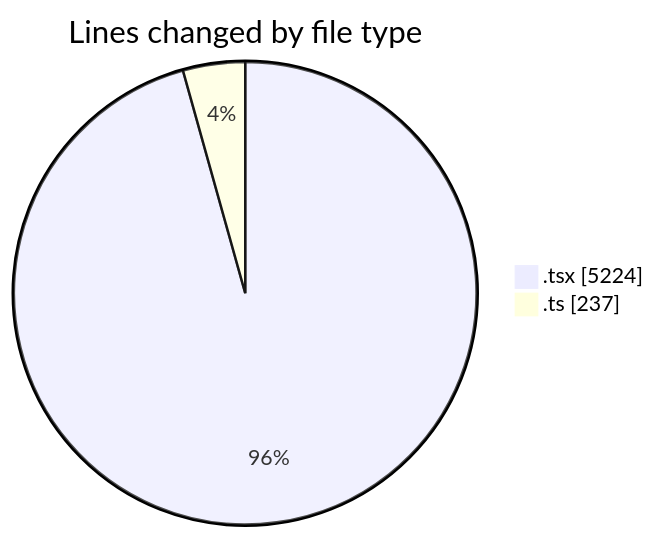
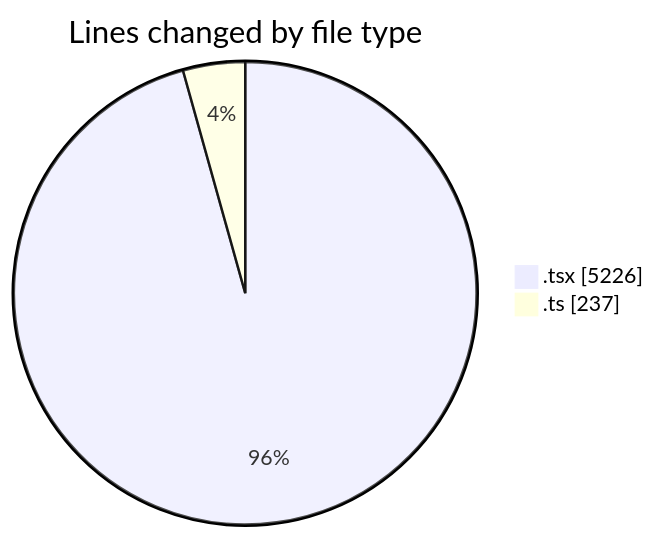
One commit to julien-gomy/code-tracking changed the first of 2 diagrams in 2025-10-13/eventscop-frontend-guide__workspace_/README.md. Above: the diagram before and after it, drawn with Mermaid. The commit also changed other lines of this file and 1 other file, not shown here.

````diff
--- a/2025-10-13/eventscop-frontend-guide__workspace_/README.md
+++ b/2025-10-13/eventscop-frontend-guide__workspace_/README.md
@@ -41,6 +41,6 @@
 ```mermaid
 pie showData
 title Lines changed by file type
-".tsx" : 5224
+".tsx" : 5226
 ".ts" : 237
 ```
````
